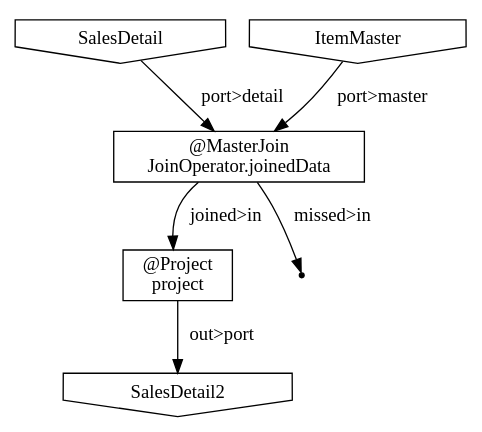
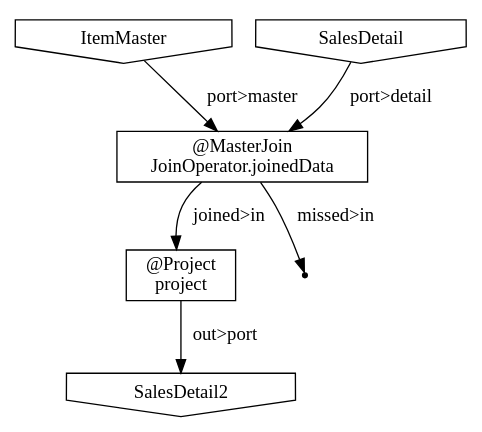
One commit to ironpeace/Asakusa-FirstStep changed the diagram in target/batchc/FirstStepBatch/opt/dsl-analysis/jobflow/MainJobFlow/flowgraph.dot. Above: the diagram before and after it, drawn with Graphviz. The commit also changed 46 other files, not shown here.

```diff
--- a/target/batchc/FirstStepBatch/opt/dsl-analysis/jobflow/MainJobFlow/flowgraph.dot
+++ b/target/batchc/FirstStepBatch/opt/dsl-analysis/jobflow/MainJobFlow/flowgraph.dot
@@ -1,13 +1,13 @@
 digraph {
-    "4bbb6979-40f4-4a68-9a9d-3bfa7acca39c" [shape=box, label="@Project\nproject"];
-    "b3b4f31a-5819-48ba-b032-e6cbb0d37a43" [shape=box, label="@MasterJoin\nJoinOperator.joinedData"];
-    "0cf1538d-c425-4714-ad44-cd3235178831" [shape=invhouse, label="SalesDetail"];
-    "24d30dc3-ccda-489f-97d0-4449d4217394" [shape=invhouse, label="SalesDetail2"];
-    "08b57eae-98c5-4fe2-839d-3e2f1e4149a9" [shape=invhouse, label="ItemMaster"];
-    "598e033e-3780-4baa-a4fc-7a7e07b1eb8d" [shape=point];
-    "4bbb6979-40f4-4a68-9a9d-3bfa7acca39c" -> "24d30dc3-ccda-489f-97d0-4449d4217394" [label="out>port"];
-    "b3b4f31a-5819-48ba-b032-e6cbb0d37a43" -> "4bbb6979-40f4-4a68-9a9d-3bfa7acca39c" [label="joined>in"];
-    "b3b4f31a-5819-48ba-b032-e6cbb0d37a43" -> "598e033e-3780-4baa-a4fc-7a7e07b1eb8d" [label="missed>in"];
-    "0cf1538d-c425-4714-ad44-cd3235178831" -> "b3b4f31a-5819-48ba-b032-e6cbb0d37a43" [label="port>detail"];
-    "08b57eae-98c5-4fe2-839d-3e2f1e4149a9" -> "b3b4f31a-5819-48ba-b032-e6cbb0d37a43" [label="port>master"];
+    "6a50c1db-9535-4565-a226-6d922d9e54c6" [shape=box, label="@Project\nproject"];
+    "b6f449a5-abb0-4eba-97cb-14715526a7c5" [shape=invhouse, label="SalesDetail2"];
+    "31bf0297-c5df-4a33-b94c-84fe3c05f468" [shape=point];
+    "a2ed42da-3caa-4c8f-ae33-30db0d3618bc" [shape=invhouse, label="ItemMaster"];
+    "ddf6962c-2f57-4f6c-991b-8baaa6b60ba9" [shape=box, label="@MasterJoin\nJoinOperator.joinedData"];
+    "cd9f3acc-962d-45ac-be80-4905c71f2729" [shape=invhouse, label="SalesDetail"];
+    "6a50c1db-9535-4565-a226-6d922d9e54c6" -> "b6f449a5-abb0-4eba-97cb-14715526a7c5" [label="out>port"];
+    "a2ed42da-3caa-4c8f-ae33-30db0d3618bc" -> "ddf6962c-2f57-4f6c-991b-8baaa6b60ba9" [label="port>master"];
+    "ddf6962c-2f57-4f6c-991b-8baaa6b60ba9" -> "6a50c1db-9535-4565-a226-6d922d9e54c6" [label="joined>in"];
+    "ddf6962c-2f57-4f6c-991b-8baaa6b60ba9" -> "31bf0297-c5df-4a33-b94c-84fe3c05f468" [label="missed>in"];
+    "cd9f3acc-962d-45ac-be80-4905c71f2729" -> "ddf6962c-2f57-4f6c-991b-8baaa6b60ba9" [label="port>detail"];
 }
```
